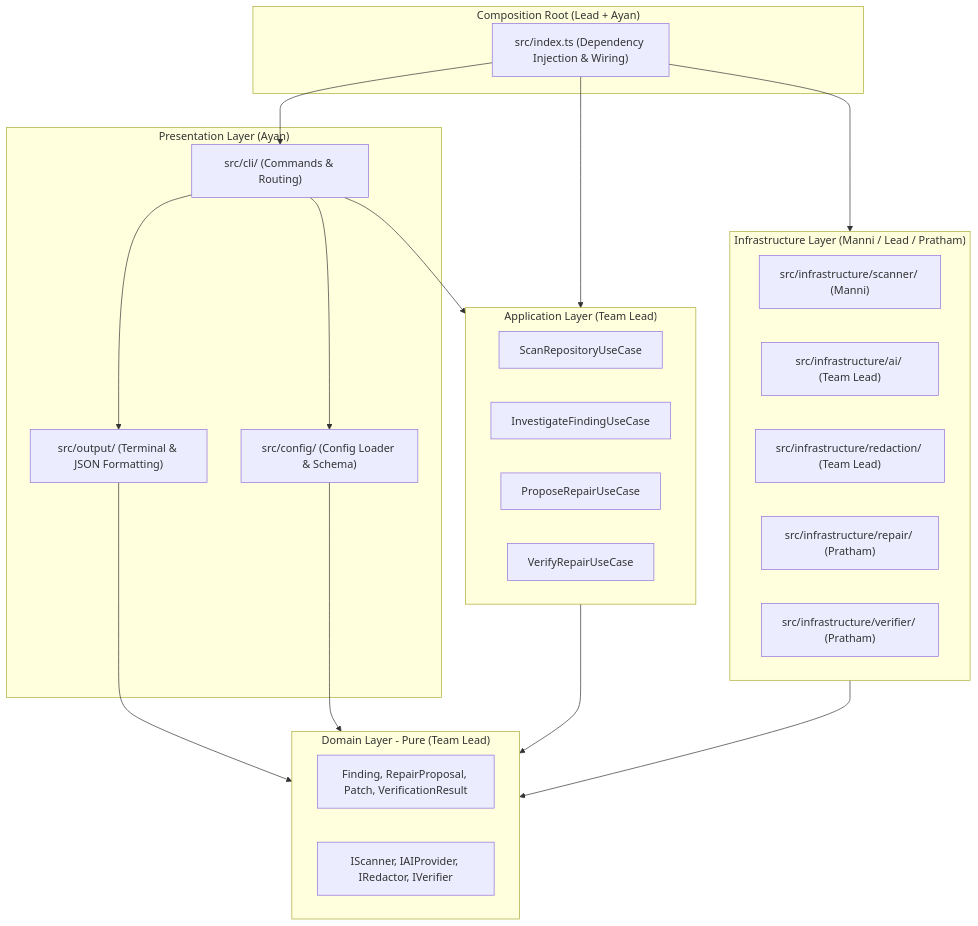
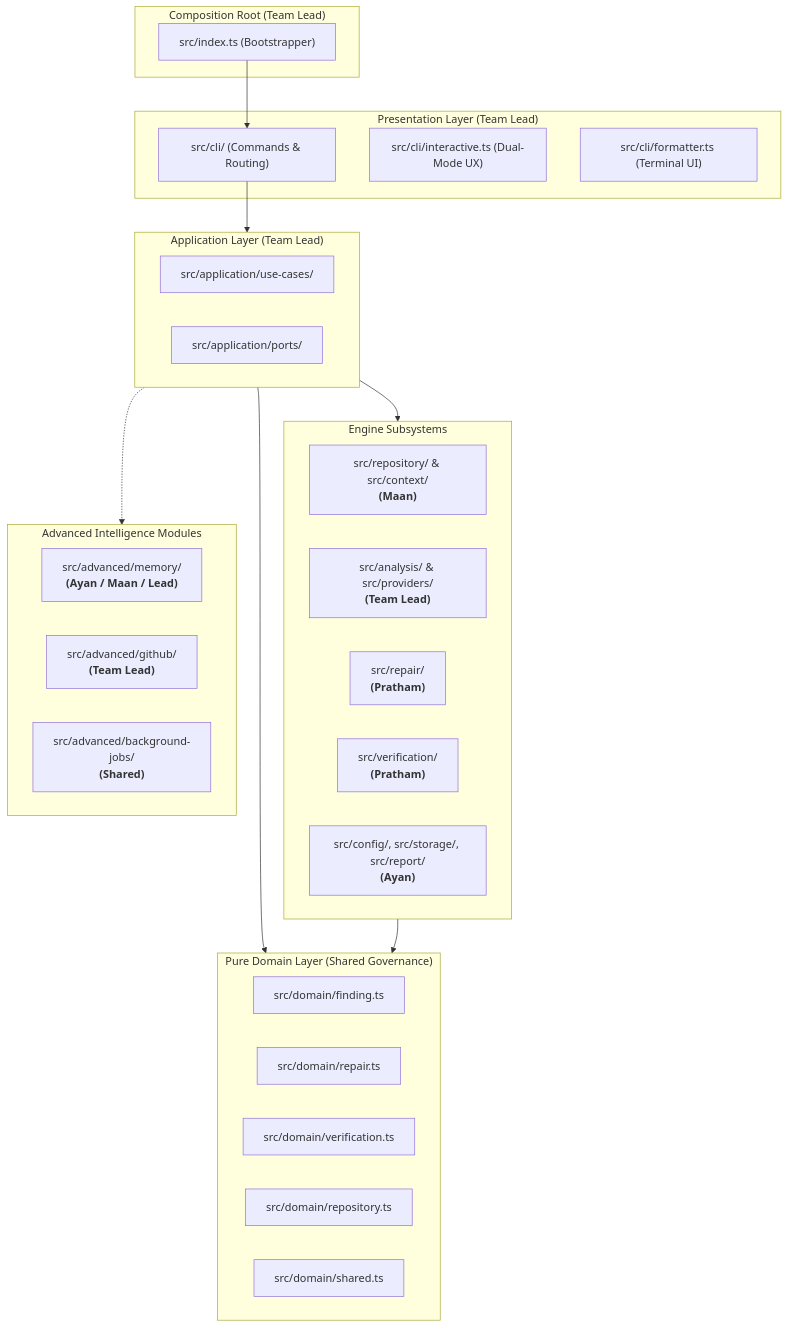
One commit to Pratham707-S/codevanta changed the diagram in docs/ARCHITECTURE.md. Above: the diagram before and after it, drawn with Mermaid. The commit also changed other lines of this file and 9 other files, not shown here.

First line of the commit message:
docs: align architecture and roadmap with 11-feature scope

````diff
--- a/docs/ARCHITECTURE.md
+++ b/docs/ARCHITECTURE.md
@@ -9,43 +9,46 @@
 ```mermaid
 flowchart TD
-    subgraph Presentation ["Presentation Layer (Ayan)"]
+    subgraph Presentation ["Presentation Layer (Team Lead)"]
         CLI["src/cli/ (Commands & Routing)"]
-        Output["src/output/ (Terminal & JSON Formatting)"]
-        Config["src/config/ (Config Loader & Schema)"]
+        Interactive["src/cli/interactive.ts (Dual-Mode UX)"]
+        Formatter["src/cli/formatter.ts (Terminal UI)"]
     end
 
-    subgraph CompositionRoot ["Composition Root (Lead + Ayan)"]
-        Root["src/index.ts (Dependency Injection & Wiring)"]
+    subgraph CompositionRoot ["Composition Root (Team Lead)"]
+        Root["src/index.ts (Bootstrapper)"]
     end
 
     subgraph Application ["Application Layer (Team Lead)"]
-        ScanUC["ScanRepositoryUseCase"]
-        InvestigateUC["InvestigateFindingUseCase"]
-        ProposeRepairUC["ProposeRepairUseCase"]
-        VerifyRepairUC["VerifyRepairUseCase"]
+        UseCases["src/application/use-cases/"]
+        Ports["src/application/ports/"]
     end
 
-    subgraph Domain ["Domain Layer - Pure (Team Lead)"]
-        Entities["Finding, RepairProposal, Patch, VerificationResult"]
-        Contracts["IScanner, IAIProvider, IRedactor, IVerifier"]
+    subgraph Domain ["Pure Domain Layer (Shared Governance)"]
+        Finding["src/domain/finding.ts"]
+        Repair["src/domain/repair.ts"]
+        Verification["src/domain/verification.ts"]
+        RepoDomain["src/domain/repository.ts"]
+        Shared["src/domain/shared.ts"]
     end
 
-    subgraph Infrastructure ["Infrastructure Layer (Manni / Lead / Pratham)"]
-        Scanner["src/infrastructure/scanner/ (Manni)"]
-        AI["src/infrastructure/ai/ (Team Lead)"]
-        Redactor["src/infrastructure/redaction/ (Team Lead)"]
-        Repair["src/infrastructure/repair/ (Pratham)"]
-        Verifier["src/infrastructure/verifier/ (Pratham)"]
+    subgraph Subsystems ["Engine Subsystems"]
+        RepoIngest["src/repository/ & src/context/<br><b>(Maan)</b>"]
+        Analysis["src/analysis/ & src/providers/<br><b>(Team Lead)</b>"]
+        RepairEngine["src/repair/<br><b>(Pratham)</b>"]
+        VerificationRunner["src/verification/<br><b>(Pratham)</b>"]
+        ConfigStorageReport["src/config/, src/storage/, src/report/<br><b>(Ayan)</b>"]
+    end
+
+    subgraph Advanced ["Advanced Intelligence Modules"]
+        Mem["src/advanced/memory/<br><b>(Ayan / Maan / Lead)</b>"]
+        GH["src/advanced/github/<br><b>(Team Lead)</b>"]
+        Jobs["src/advanced/background-jobs/<br><b>(Shared)</b>"]
     end
 
     Root --> CLI
-    Root --> Application
-    Root --> Infrastructure
     CLI --> Application
-    CLI --> Output
-    CLI --> Config
+    Application --> Subsystems
     Application --> Domain
-    Infrastructure --> Domain
-    Output --> Domain
-    Config --> Domain
+    Subsystems --> Domain
+    Application -.-> Advanced
 ```
````
